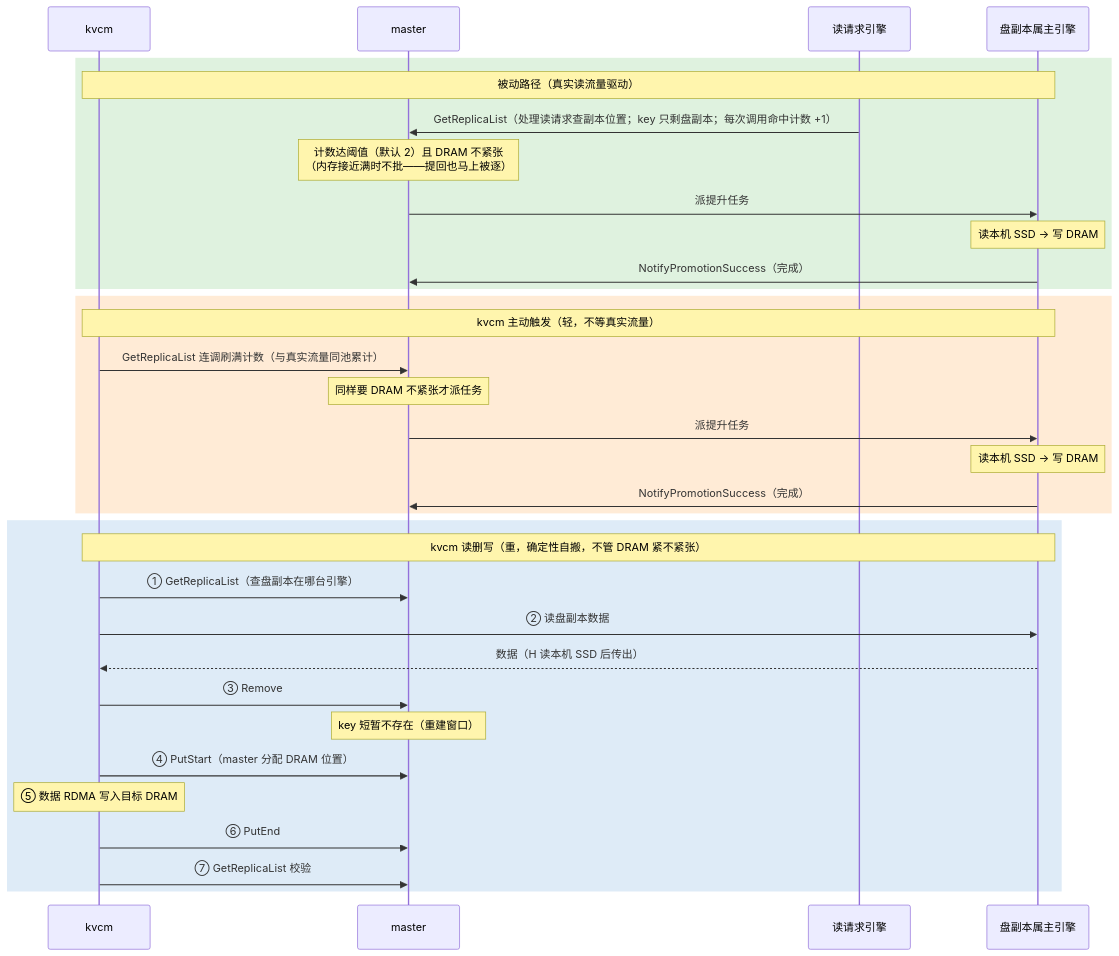
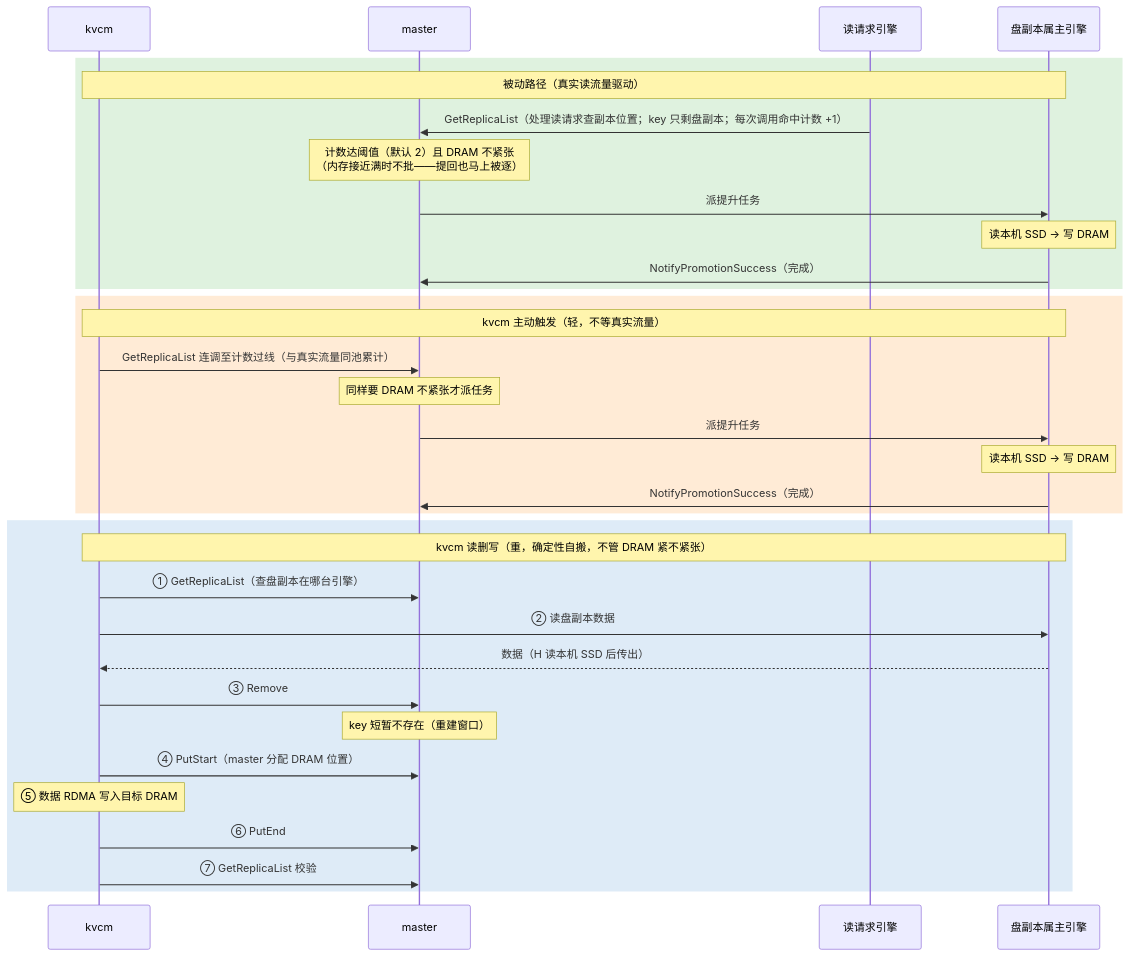
Before and after one commit to 5x8-40/lake: the seventh of 10 diagrams in kvcm/D2-kv-operations.md, drawn with Mermaid. The commit also changed other lines of this file and 2 other files, not shown here.

````diff
--- a/kvcm/D2-kv-operations.md
+++ b/kvcm/D2-kv-operations.md
@@ -494,38 +529,38 @@
 ```mermaid
 sequenceDiagram
     participant K as kvcm
     participant M as master
     participant R as 读请求引擎
     participant H as 盘副本属主引擎
 
     rect rgb(223, 242, 223)
     Note over K,H: 被动路径（真实读流量驱动）
     R->>M: GetReplicaList（处理读请求查副本位置；key 只剩盘副本；每次调用命中计数 +1）
     Note over M: 计数达阈值（默认 2）且 DRAM 不紧张<br/>（内存接近满时不批——提回也马上被逐）
     M->>H: 派提升任务
     Note over H: 读本机 SSD → 写 DRAM
     H->>M: NotifyPromotionSuccess（完成）
     end
 
     rect rgb(255, 235, 214)
     Note over K,H: kvcm 主动触发（轻，不等真实流量）
-    K->>M: GetReplicaList 连调刷满计数（与真实流量同池累计）
+    K->>M: GetReplicaList 连调至计数过线（与真实流量同池累计）
     Note over M: 同样要 DRAM 不紧张才派任务
     M->>H: 派提升任务
     Note over H: 读本机 SSD → 写 DRAM
     H->>M: NotifyPromotionSuccess（完成）
     end
 
     rect rgb(222, 235, 247)
     Note over K,H: kvcm 读删写（重，确定性自搬，不管 DRAM 紧不紧张）
     K->>M: ① GetReplicaList（查盘副本在哪台引擎）
     K->>H: ② 读盘副本数据
     H-->>K: 数据（H 读本机 SSD 后传出）
     K->>M: ③ Remove
     Note over M: key 短暂不存在（重建窗口）
     K->>M: ④ PutStart（master 分配 DRAM 位置）
     Note over K: ⑤ 数据 RDMA 写入目标 DRAM
     K->>M: ⑥ PutEnd
     K->>M: ⑦ GetReplicaList 校验
     end
 ```
````
